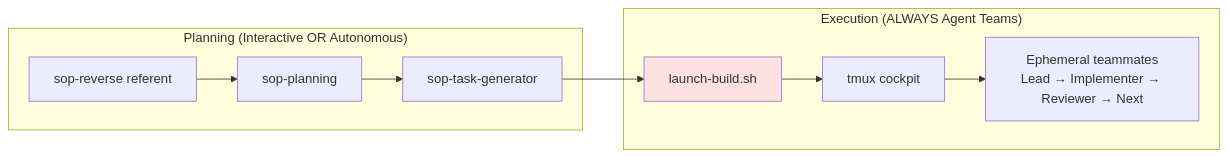
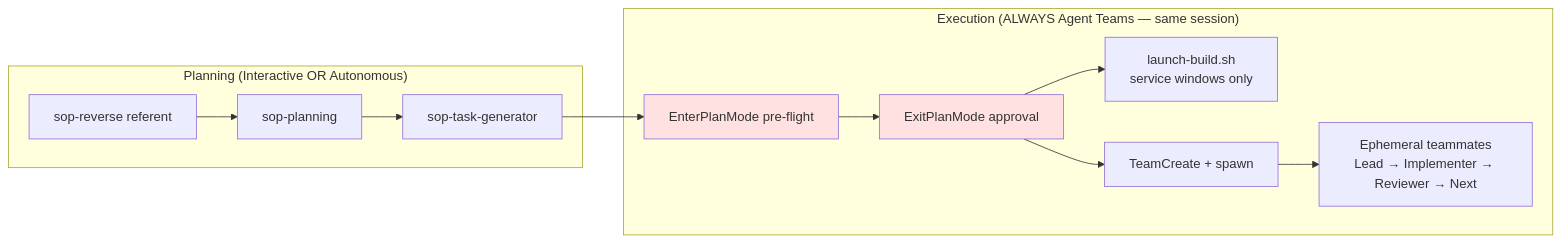
The diagram in skills/ralph-orchestrator/references/execution-paths.md (Dario-Arcos/ai-framework), drawn with Mermaid before and after one commit. The commit also changed other lines of this file and 8 other files, not shown here.

First line of the commit message:
refactor(ralph-orchestrator): same-session execution and SOP token cleanup

````diff
--- a/skills/ralph-orchestrator/references/execution-paths.md
+++ b/skills/ralph-orchestrator/references/execution-paths.md
@@ -173,15 +174,18 @@
 ```mermaid
 graph LR
     subgraph "Planning (Interactive OR Autonomous)"
         A[sop-reverse referent] --> B[sop-planning]
         B --> C[sop-task-generator]
     end
 
-    subgraph "Execution (ALWAYS Agent Teams)"
-        C --> D[launch-build.sh]
-        D --> E[tmux cockpit]
-        E --> F[Ephemeral teammates<br/>Lead → Implementer → Reviewer → Next]
+    subgraph "Execution (ALWAYS Agent Teams — same session)"
+        C --> D[EnterPlanMode pre-flight]
+        D --> E[ExitPlanMode approval]
+        E --> F[launch-build.sh<br/>service windows only]
+        E --> G[TeamCreate + spawn]
+        G --> H[Ephemeral teammates<br/>Lead → Implementer → Reviewer → Next]
     end
 
     style D fill:#ffe1e1
+    style E fill:#ffe1e1
 ```
````
